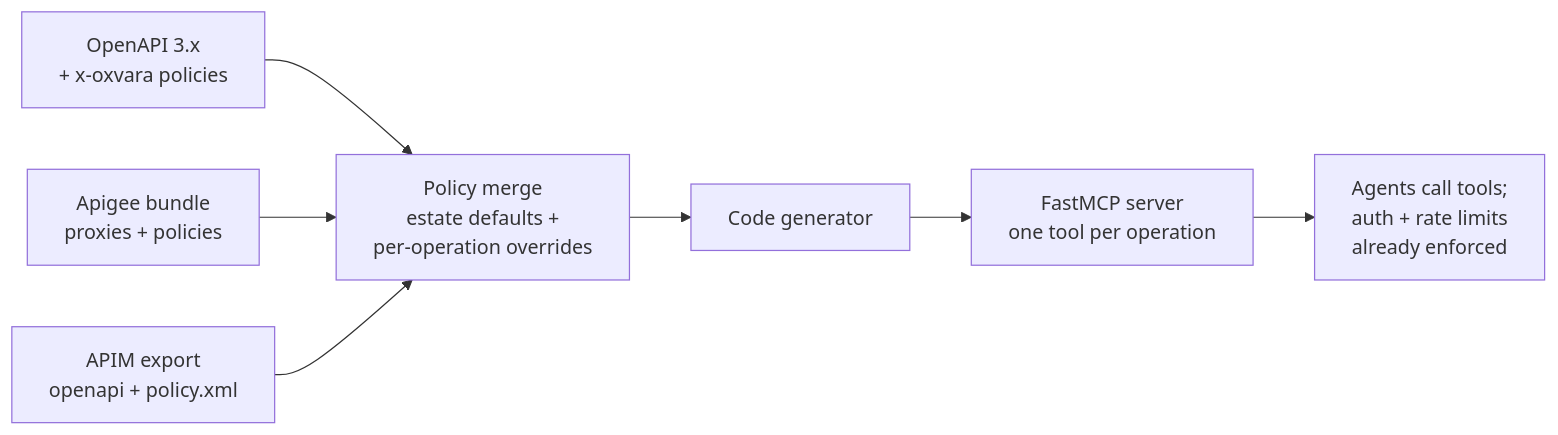
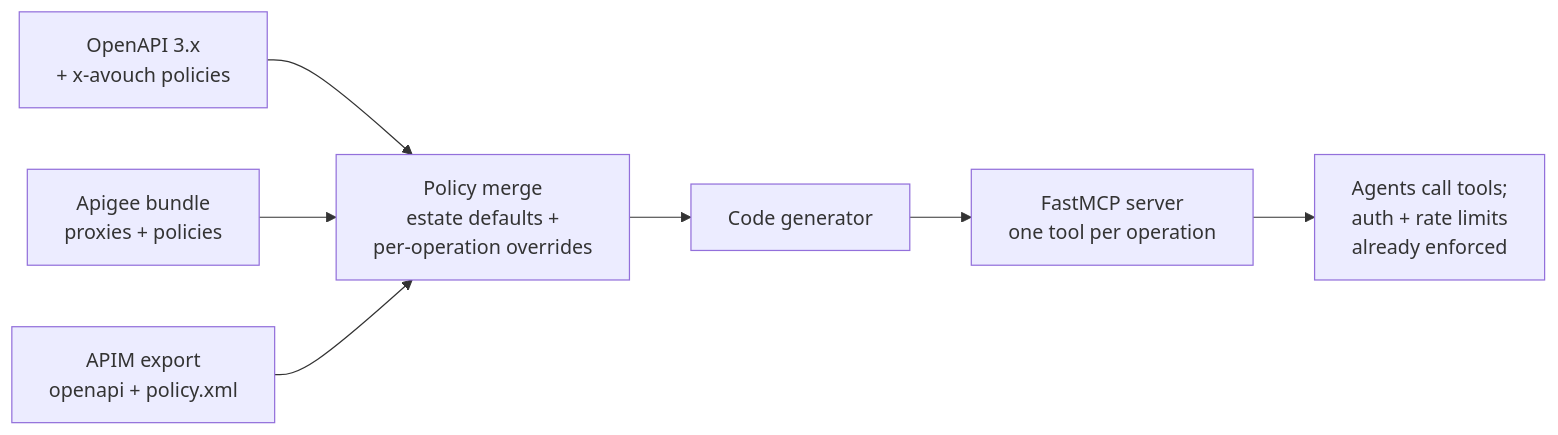
Before and after one commit to kagithamanoj/forgegate: the diagram in README.md, drawn with Mermaid. The commit also changed other lines of this file and 24 other files, not shown here.

````diff
--- a/README.md
+++ b/README.md
@@ -45,9 +45,9 @@
 ```mermaid
 flowchart LR
-    A[OpenAPI 3.x\n+ x-oxvara policies] --> D[Policy merge]
+    A[OpenAPI 3.x\n+ x-avouch policies] --> D[Policy merge]
     B[Apigee bundle\nproxies + policies] --> D
     C[APIM export\nopenapi + policy.xml] --> D
     D[Policy merge\nestate defaults +\nper-operation overrides] --> E[Code generator]
     E --> F[FastMCP server\none tool per operation]
     F --> G[Agents call tools;\nauth + rate limits\nalready enforced]
 ```
````
